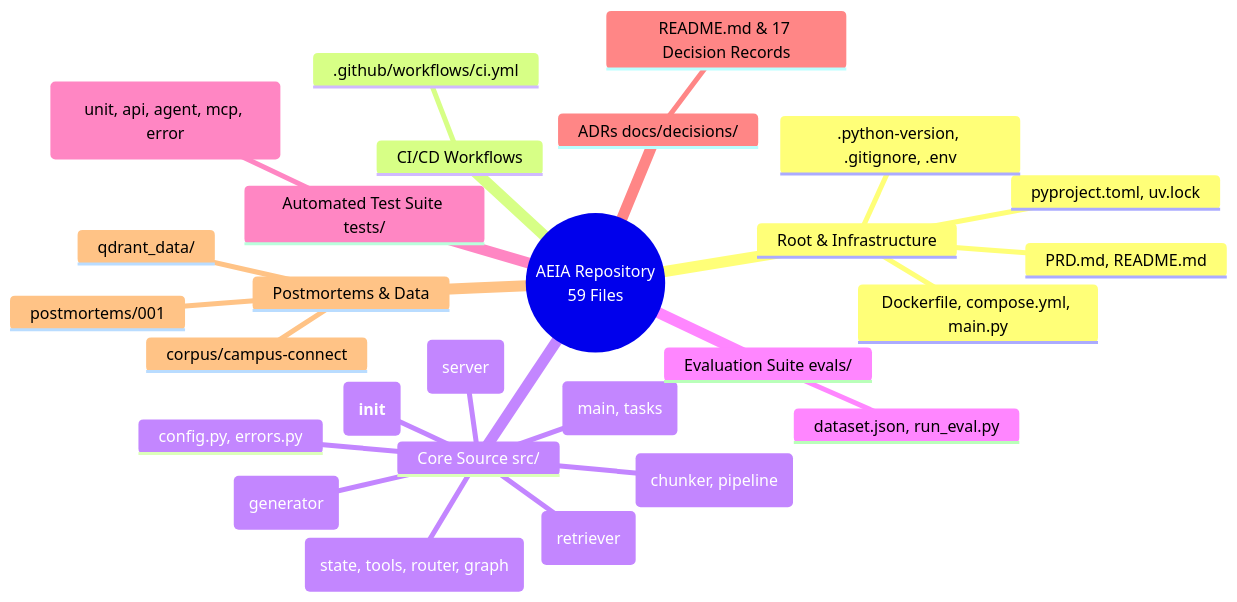
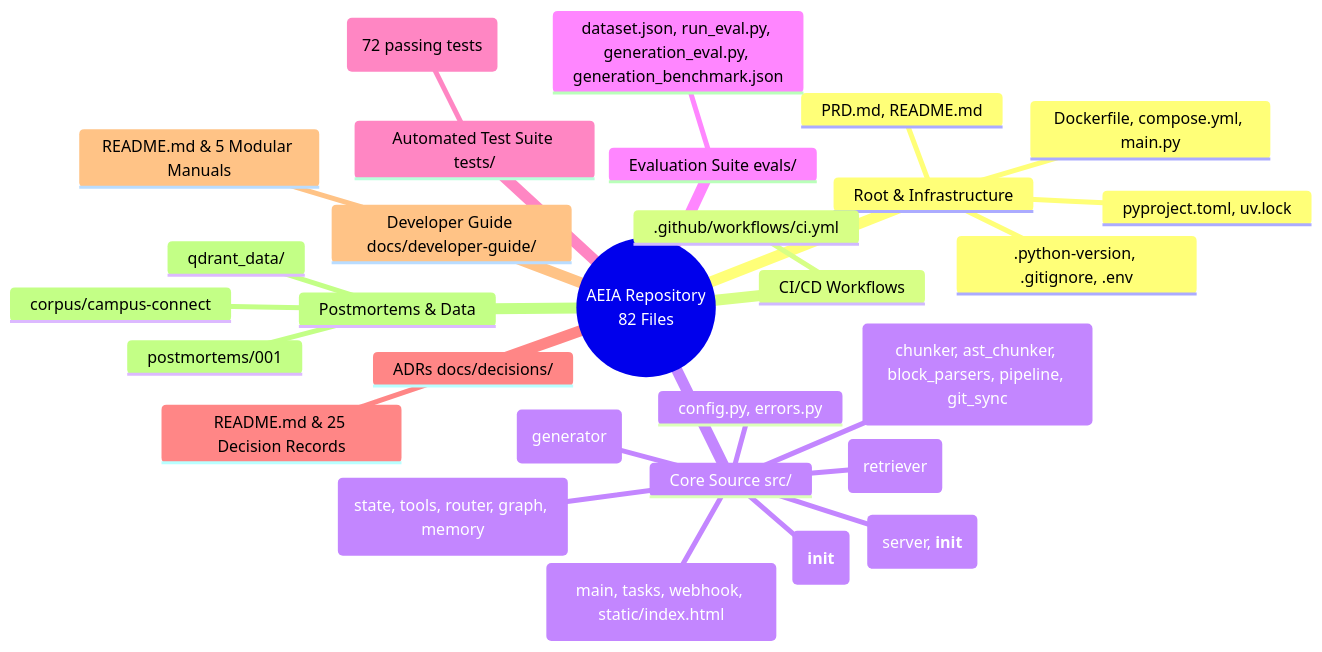
The diagram in docs/developer-guide/03-file-by-file-mastery-catalog.md (krotrn/campus-connect-ai), drawn with Mermaid before and after one commit. The commit also changed 5 other files, not shown here.

````diff
--- a/docs/developer-guide/03-file-by-file-mastery-catalog.md
+++ b/docs/developer-guide/03-file-by-file-mastery-catalog.md
@@ -15,30 +15,32 @@
 ```mermaid
 mindmap
-  root((AEIA Repository<br/>59 Files))
+  root((AEIA Repository<br/>82 Files))
     Root & Infrastructure
       pyproject.toml, uv.lock
       .python-version, .gitignore, .env
       Dockerfile, compose.yml, main.py
       PRD.md, README.md
     CI/CD Workflows
       .github/workflows/ci.yml
     Core Source src/
       config.py, errors.py
-      ingestion/ (chunker, pipeline)
+      ingestion/ (chunker, ast_chunker, block_parsers, pipeline, git_sync)
       retrieval/ (retriever)
       generation/ (generator)
       observability/ (__init__)
-      agent/ (state, tools, router, graph)
-      mcp/ (server)
-      api/ (main, tasks)
+      agent/ (state, tools, router, graph, memory)
+      mcp/ (server, __init__)
+      api/ (main, tasks, webhook, static/index.html)
     Evaluation Suite evals/
-      dataset.json, run_eval.py
+      dataset.json, run_eval.py, generation_eval.py, generation_benchmark.json
     Automated Test Suite tests/
-      9 Test Suites (unit, api, agent, mcp, error)
+      14 Test Suites (72 passing tests)
     ADRs docs/decisions/
-      README.md & 17 Decision Records
+      README.md & 25 Decision Records
+    Developer Guide docs/developer-guide/
+      README.md & 5 Modular Manuals
     Postmortems & Data
       postmortems/001
       corpus/campus-connect
       qdrant_data/
 ```
````
